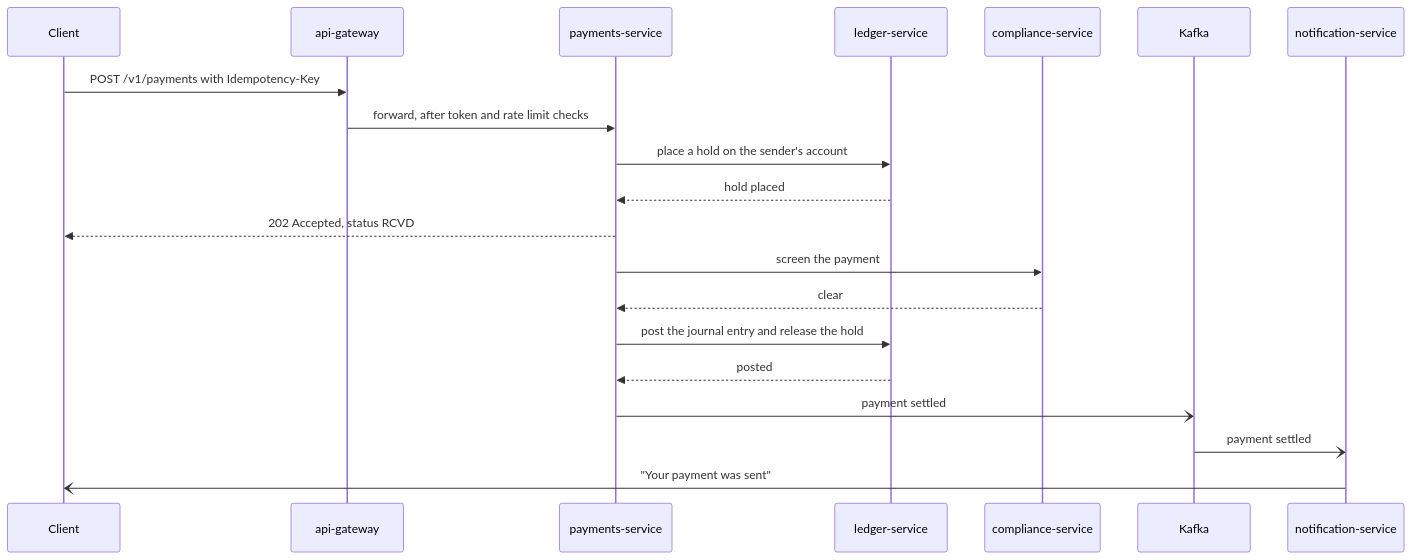
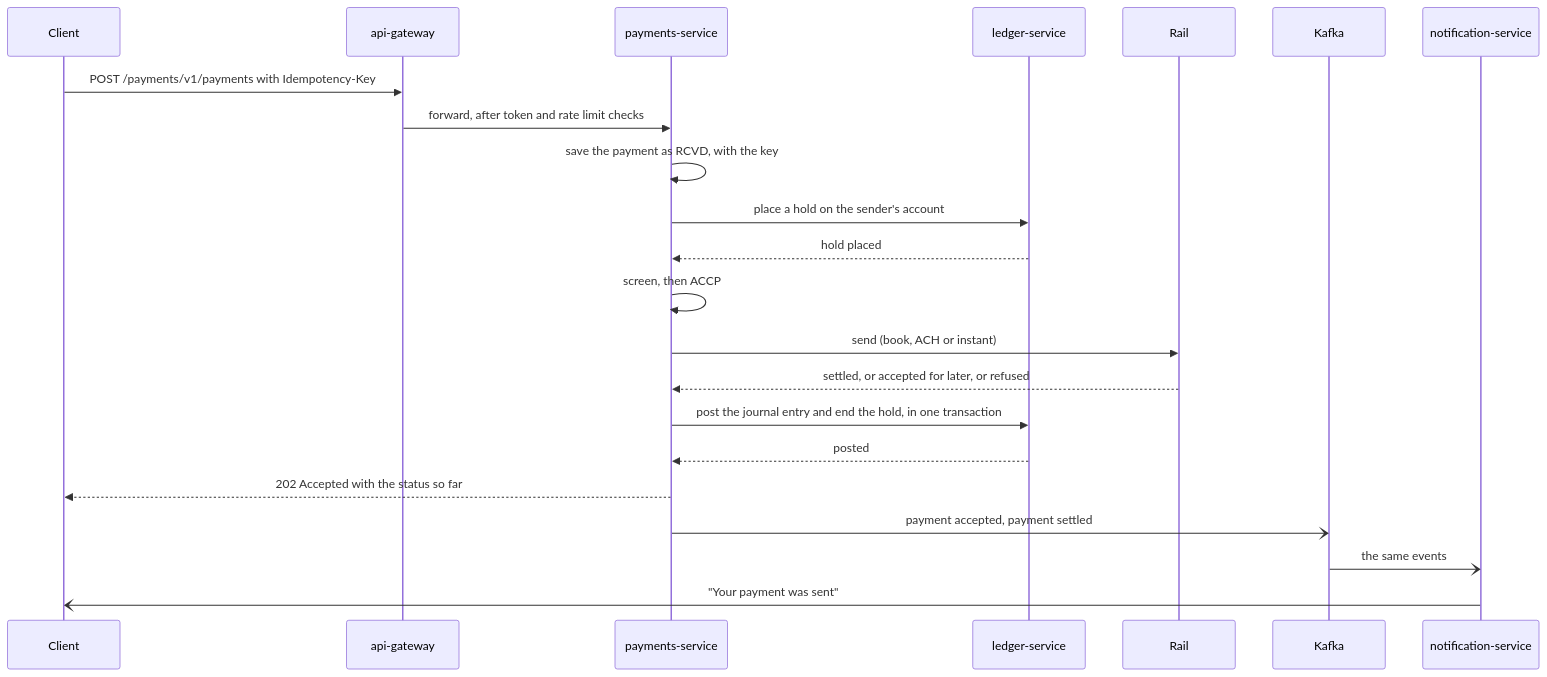
One commit to sainageshgowrabalaji/Banking-Platform changed the first of 3 diagrams in docs/architecture.md. Above: the diagram before and after it, drawn with Mermaid. The commit also changed other lines of this file and 233 other files, not shown here.

````diff
--- a/docs/architecture.md
+++ b/docs/architecture.md
@@ -21,23 +21,25 @@
 ```mermaid
 sequenceDiagram
     participant C as Client
     participant G as api-gateway
     participant P as payments-service
     participant L as ledger-service
-    participant X as compliance-service
+    participant R as Rail
     participant K as Kafka
     participant N as notification-service
 
-    C->>G: POST /v1/payments with Idempotency-Key
+    C->>G: POST /payments/v1/payments with Idempotency-Key
     G->>P: forward, after token and rate limit checks
+    P->>P: save the payment as RCVD, with the key
     P->>L: place a hold on the sender's account
     L-->>P: hold placed
-    P-->>C: 202 Accepted, status RCVD
-    P->>X: screen the payment
-    X-->>P: clear
-    P->>L: post the journal entry and release the hold
+    P->>P: screen, then ACCP
+    P->>R: send (book, ACH or instant)
+    R-->>P: settled, or accepted for later, or refused
+    P->>L: post the journal entry and end the hold, in one transaction
     L-->>P: posted
-    P-)K: payment settled
-    K-)N: payment settled
+    P-->>C: 202 Accepted with the status so far
+    P-)K: payment accepted, payment settled
+    K-)N: the same events
     N-)C: "Your payment was sent"
 ```
````
